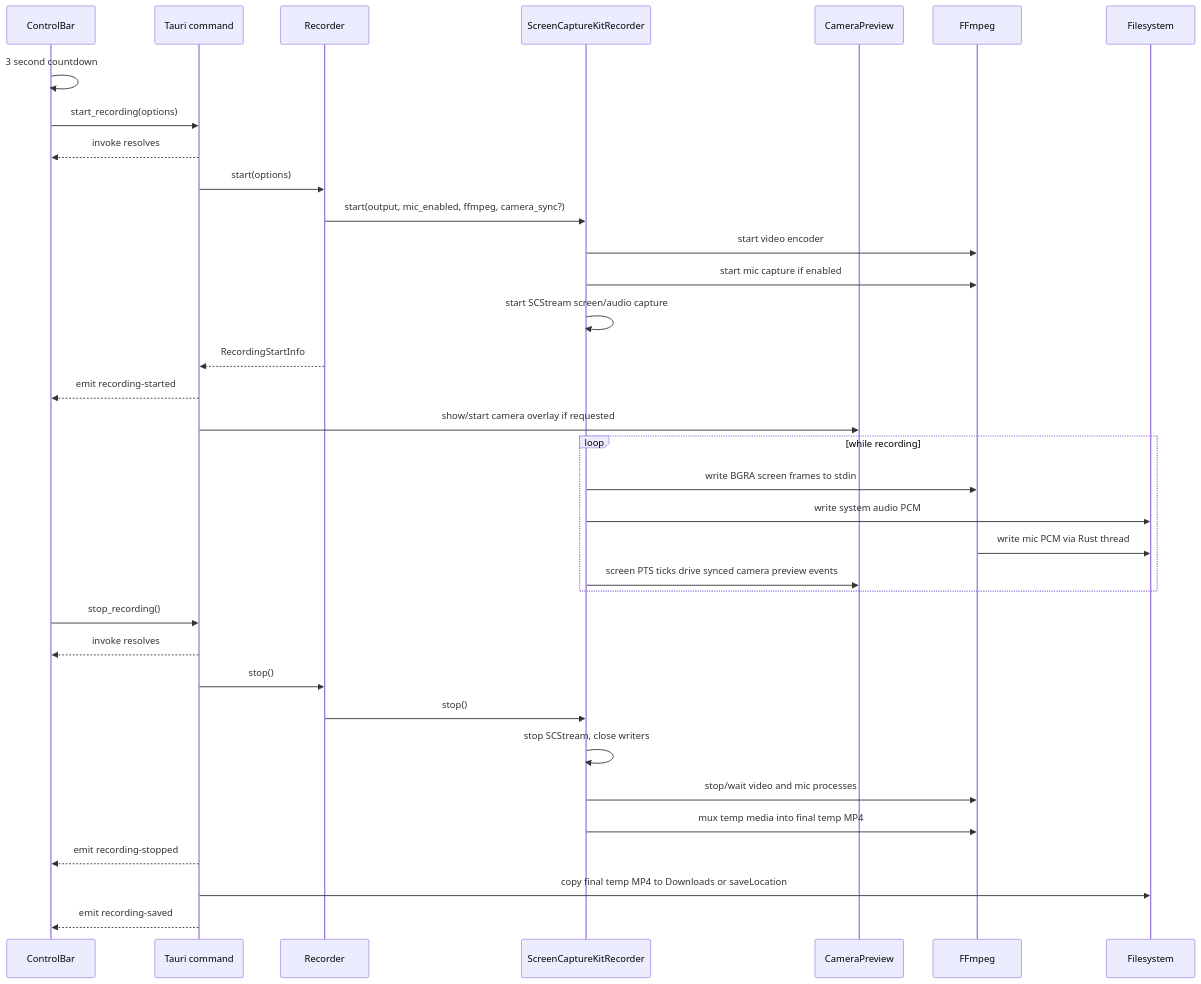
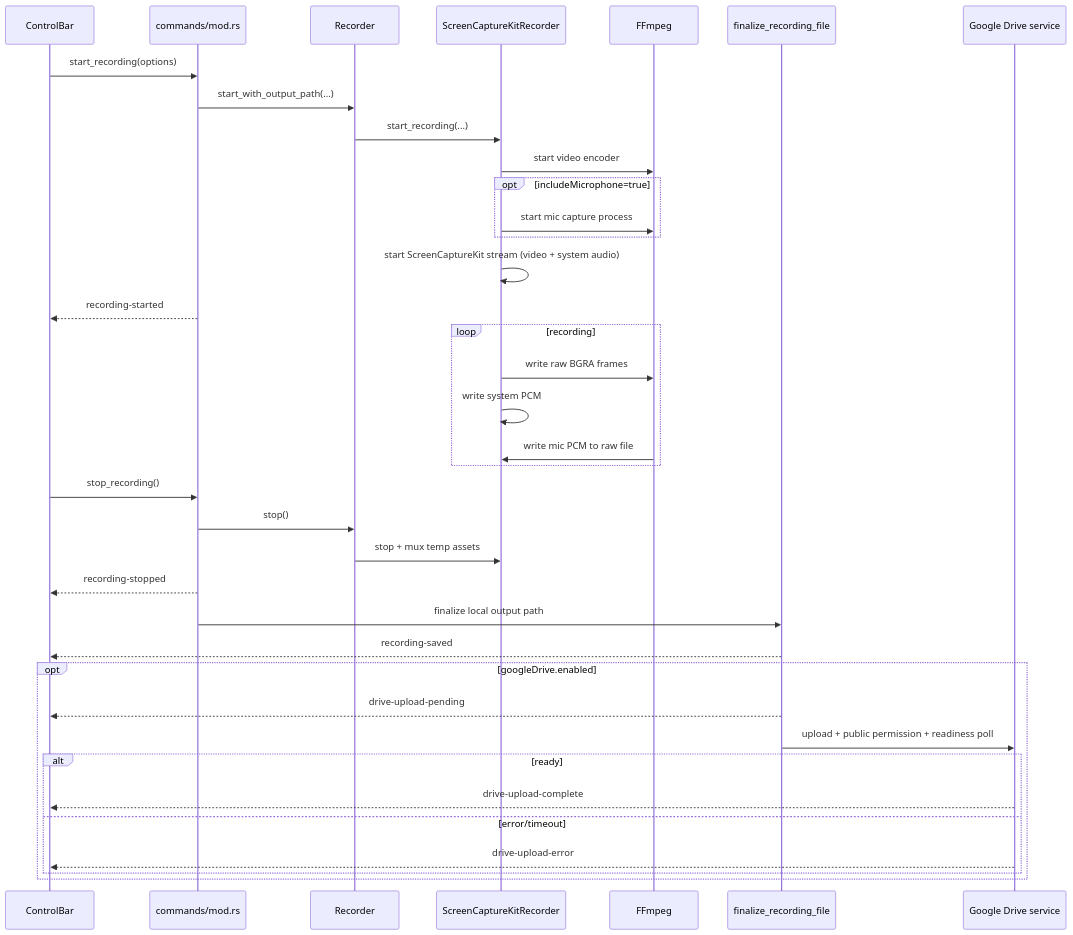
Before and after one commit to MaximeBF2000/momentum-capture: the first of 2 diagrams in docs/recording-pipeline.md, drawn with Mermaid. The commit also changed other lines of this file and 5 other files, not shown here.

````diff
--- a/docs/recording-pipeline.md
+++ b/docs/recording-pipeline.md
@@ -14,40 +14,43 @@
 ```mermaid
 sequenceDiagram
   participant UI as ControlBar
-  participant Cmd as Tauri command
-  participant Rec as Recorder
+  participant CMD as commands/mod.rs
+  participant REC as Recorder
   participant SCK as ScreenCaptureKitRecorder
-  participant Cam as CameraPreview
   participant FF as FFmpeg
-  participant FS as Filesystem
+  participant FIN as finalize_recording_file
+  participant DR as Google Drive service
 
-  UI->>UI: 3 second countdown
-  UI->>Cmd: start_recording(options)
-  Cmd-->>UI: invoke resolves
-  Cmd->>Rec: start(options)
-  Rec->>SCK: start(output, mic_enabled, ffmpeg, camera_sync?)
+  UI->>CMD: start_recording(options)
+  CMD->>REC: start_with_output_path(...)
+  REC->>SCK: start_recording(...)
   SCK->>FF: start video encoder
-  SCK->>FF: start mic capture if enabled
-  SCK->>SCK: start SCStream screen/audio capture
-  Rec-->>Cmd: RecordingStartInfo
-  Cmd-->>UI: emit recording-started
-  Cmd->>Cam: show/start camera overlay if requested
+  opt includeMicrophone=true
+    SCK->>FF: start mic capture process
+  end
+  SCK->>SCK: start ScreenCaptureKit stream (video + system audio)
+  CMD-->>UI: recording-started
 
-  loop while recording
-    SCK->>FF: write BGRA screen frames to stdin
-    SCK->>FS: write system audio PCM
-    FF->>FS: write mic PCM via Rust thread
-    SCK->>Cam: screen PTS ticks drive synced camera preview events
+  loop recording
+    SCK->>FF: write raw BGRA frames
+    SCK->>SCK: write system PCM
+    FF->>SCK: write mic PCM to raw file
   end
 
-  UI->>Cmd: stop_recording()
-  Cmd-->>UI: invoke resolves
-  Cmd->>Rec: stop()
-  Rec->>SCK: stop()
-  SCK->>SCK: stop SCStream, close writers
-  SCK->>FF: stop/wait video and mic processes
-  SCK->>FF: mux temp media into final temp MP4
-  Cmd-->>UI: emit recording-stopped
-  Cmd->>FS: copy final temp MP4 to Downloads or saveLocation
-  Cmd-->>UI: emit recording-saved
+  UI->>CMD: stop_recording()
+  CMD->>REC: stop()
+  REC->>SCK: stop + mux temp assets
+  CMD-->>UI: recording-stopped
+  CMD->>FIN: finalize local output path
+  FIN-->>UI: recording-saved
+
+  opt googleDrive.enabled
+    FIN-->>UI: drive-upload-pending
+    FIN->>DR: upload + public permission + readiness poll
+    alt ready
+      DR-->>UI: drive-upload-complete
+    else error/timeout
+      DR-->>UI: drive-upload-error
+    end
+  end
 ```
````
